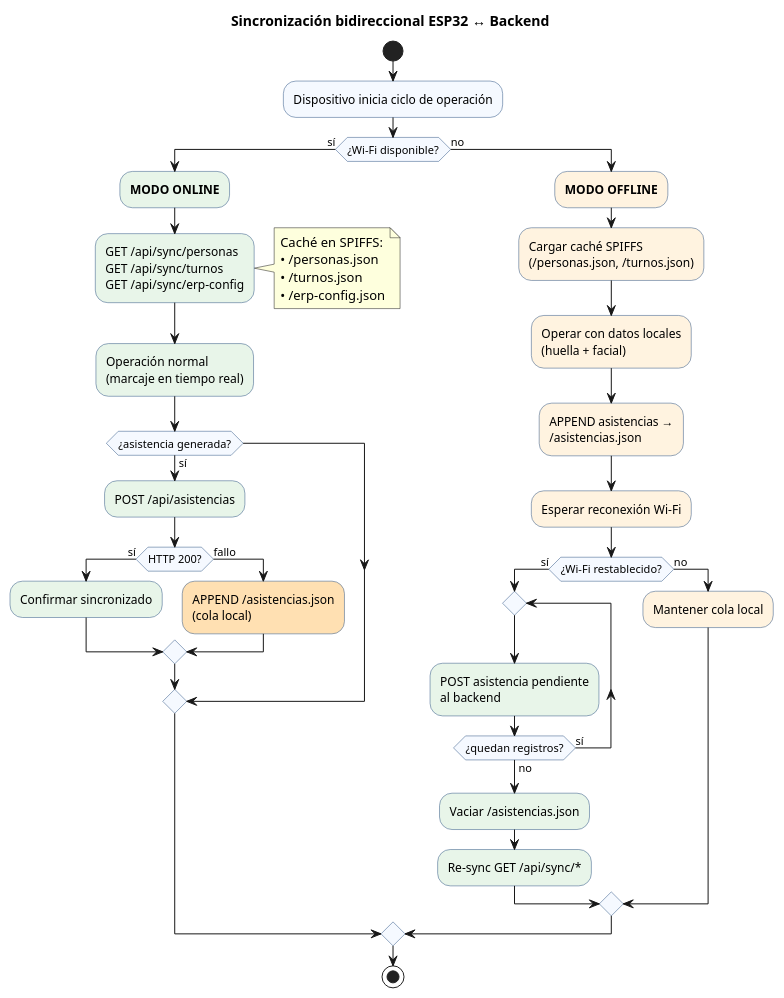
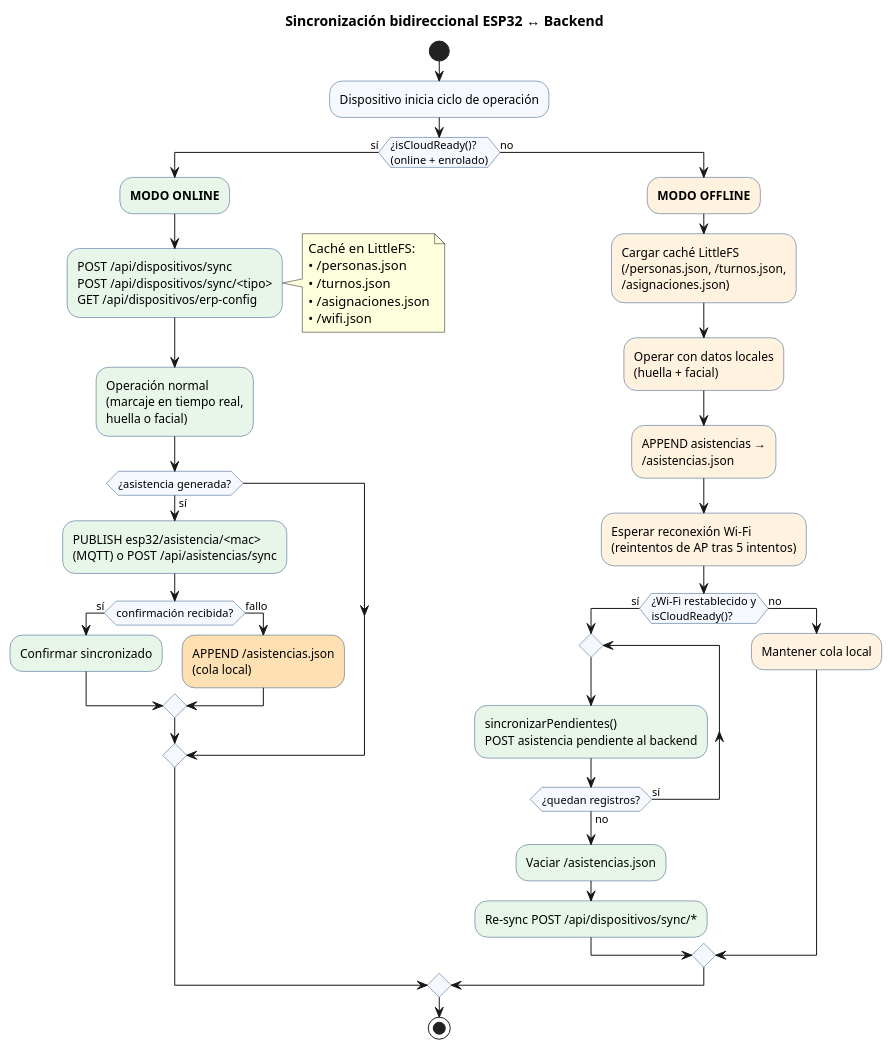
The diagram in Informe/diagrams/07_flujo_sincronizacion_bidireccional.puml (BorgTb/AsistenciaBackendFinal), drawn with PlantUML before and after one commit. The commit also changed 218 other files, not shown here.

```diff
--- a/Informe/diagrams/07_flujo_sincronizacion_bidireccional.puml
+++ b/Informe/diagrams/07_flujo_sincronizacion_bidireccional.puml
@@ -1,55 +1,58 @@
 @startuml flujo_sincronizacion_bidireccional
 title Sincronización bidireccional ESP32 ↔ Backend
 
 skinparam shadowing false
 skinparam ActivityBackgroundColor #F5F9FF
 skinparam ActivityBorderColor #2C5282
 
 start
 :Dispositivo inicia ciclo de operación;
 
-if (¿Wi-Fi disponible?) then (sí)
+if (¿isCloudReady()?\n(online + enrolado)) then (sí)
   #E8F5E9:**MODO ONLINE**;
-  #E8F5E9:GET /api/sync/personas
-  GET /api/sync/turnos
-  GET /api/sync/erp-config;
+  #E8F5E9:POST /api/dispositivos/sync
+  POST /api/dispositivos/sync/<tipo>
+  GET /api/dispositivos/erp-config;
   note right
-    Caché en SPIFFS:
+    Caché en LittleFS:
     • /personas.json
     • /turnos.json
-    • /erp-config.json
+    • /asignaciones.json
+    • /wifi.json
   end note
   #E8F5E9:Operación normal
-  (marcaje en tiempo real);
+  (marcaje en tiempo real,
+  huella o facial);
   if (¿asistencia generada?) then (sí)
-    #E8F5E9:POST /api/asistencias;
-    if (HTTP 200?) then (sí)
+    #E8F5E9:PUBLISH esp32/asistencia/<mac>\n(MQTT) o POST /api/asistencias/sync;
+    if (confirmación recibida?) then (sí)
       #E8F5E9:Confirmar sincronizado;
     else (fallo)
       #FFE0B2:APPEND /asistencias.json
       (cola local);
     endif
   endif
 else (no)
   #FFF3E0:**MODO OFFLINE**;
-  #FFF3E0:Cargar caché SPIFFS
-  (/personas.json, /turnos.json);
+  #FFF3E0:Cargar caché LittleFS
+  (/personas.json, /turnos.json,
+  /asignaciones.json);
   #FFF3E0:Operar con datos locales
   (huella + facial);
   #FFF3E0:APPEND asistencias →
   /asistencias.json;
-  #FFF3E0:Esperar reconexión Wi-Fi;
-  if (¿Wi-Fi restablecido?) then (sí)
+  #FFF3E0:Esperar reconexión Wi-Fi\n(reintentos de AP tras 5 intentos);
+  if (¿Wi-Fi restablecido y\nisCloudReady()?) then (sí)
     repeat
-      #E8F5E9:POST asistencia pendiente
-      al backend;
+      #E8F5E9:sincronizarPendientes()
+      POST asistencia pendiente al backend;
     repeat while (¿quedan registros?) is (sí) not (no)
     #E8F5E9:Vaciar /asistencias.json;
-    #E8F5E9:Re-sync GET /api/sync/*;
+    #E8F5E9:Re-sync POST /api/dispositivos/sync/*;
   else (no)
     #FFF3E0:Mantener cola local;
   endif
 endif
 
 stop
 @enduml
```
